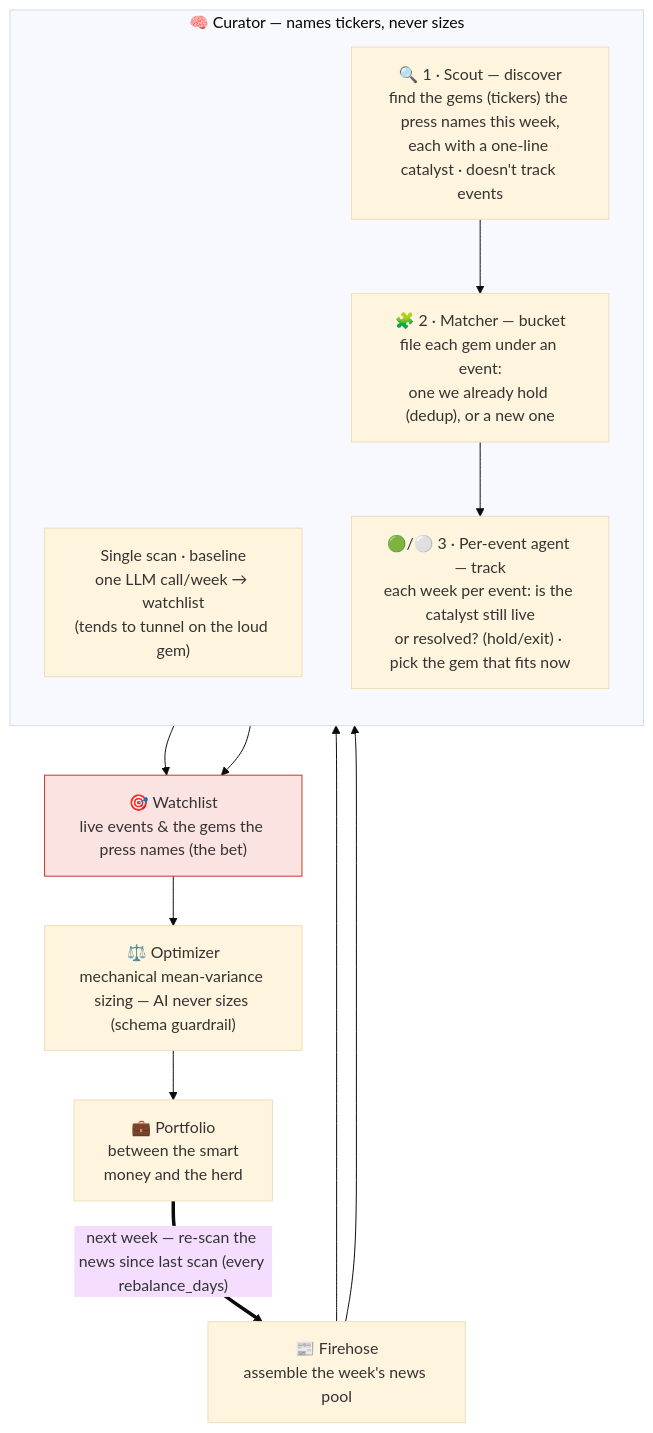
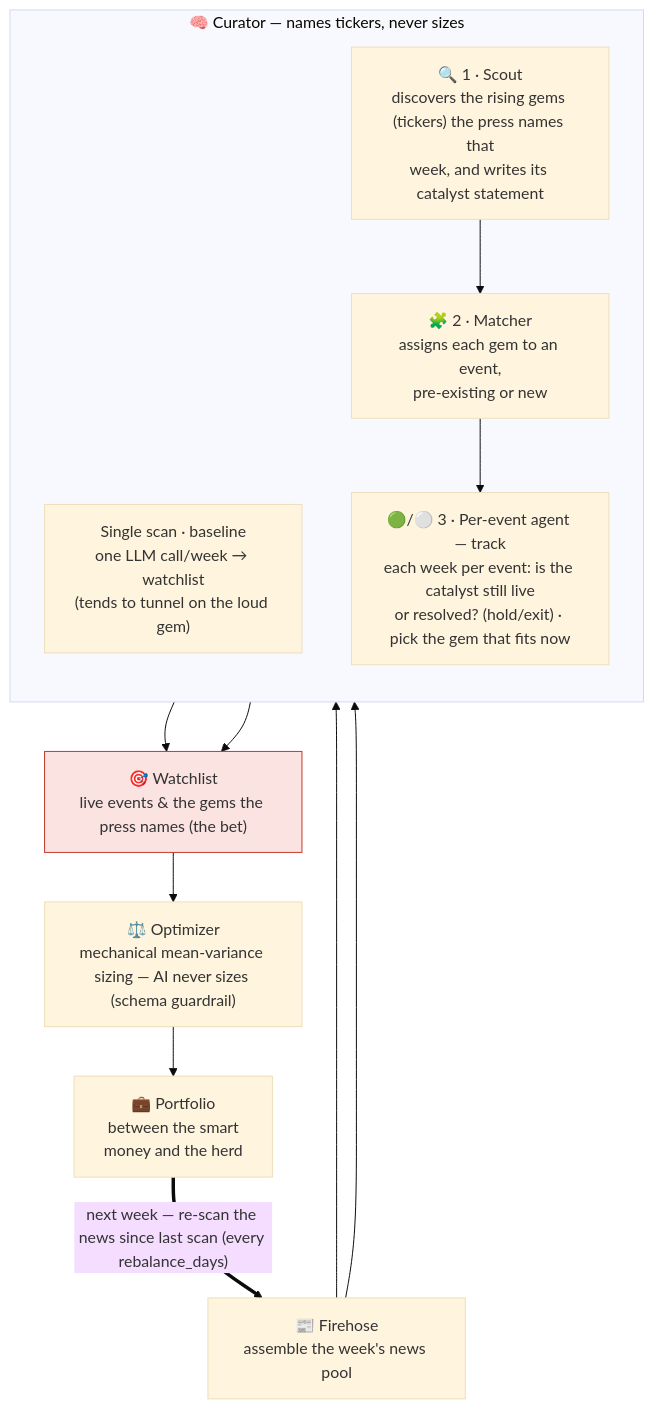
The diagram in README.md (joehahn/geo-herd-rider), drawn with Mermaid (base theme) before and after one commit.

Commit message:
README: clearer Scout/Matcher diagram wording

````diff
--- a/README.md
+++ b/README.md
@@ -18,27 +18,27 @@
 ```mermaid
 flowchart TD
     S["📰 Firehose<br/>assemble the week's news pool"]
 
     subgraph CUR["🧠 Curator — names tickers, never sizes"]
       direction TB
       SS["Single scan · baseline<br/>one LLM call/week → watchlist<br/>(tends to tunnel on the loud gem)"]
-      SC["🔍 1 · Scout — discover<br/>find the gems (tickers) the press names this week,<br/>each with a one-line catalyst · doesn't track events"]
-      MA["🧩 2 · Matcher — bucket<br/>file each gem under an event:<br/>one we already hold (dedup), or a new one"]
+      SC["🔍 1 · Scout<br/>discovers the rising gems (tickers) the press names that<br/>week, and writes its catalyst statement"]
+      MA["🧩 2 · Matcher<br/>assigns each gem to an event,<br/>pre-existing or new"]
       AG["🟢/⚪ 3 · Per-event agent — track<br/>each week per event: is the catalyst still live<br/>or resolved? (hold/exit) · pick the gem that fits now"]
       SC --> MA --> AG
     end
 
     E["🎯 Watchlist<br/>live events & the gems the press names (the bet)"]
     W["⚖️ Optimizer<br/>mechanical mean-variance sizing — AI never sizes (schema guardrail)"]
     B["💼 Portfolio<br/>between the smart<br/>money and the herd"]
 
     S --> SS
     S --> SC
     SS --> E
     AG --> E
     E --> W --> B
     B == "next week — re-scan the news since last scan (every rebalance_days)" ==> S
 
     classDef bet fill:#fae3e0,stroke:#c0392b;
     class E bet
 ```
````
